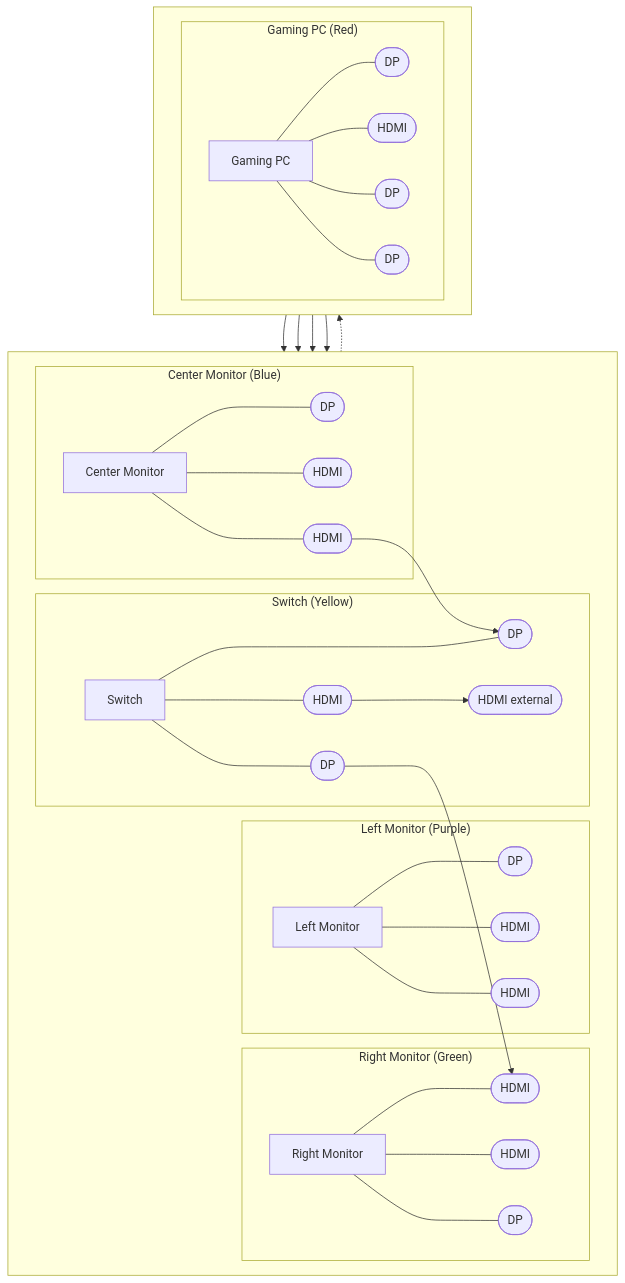
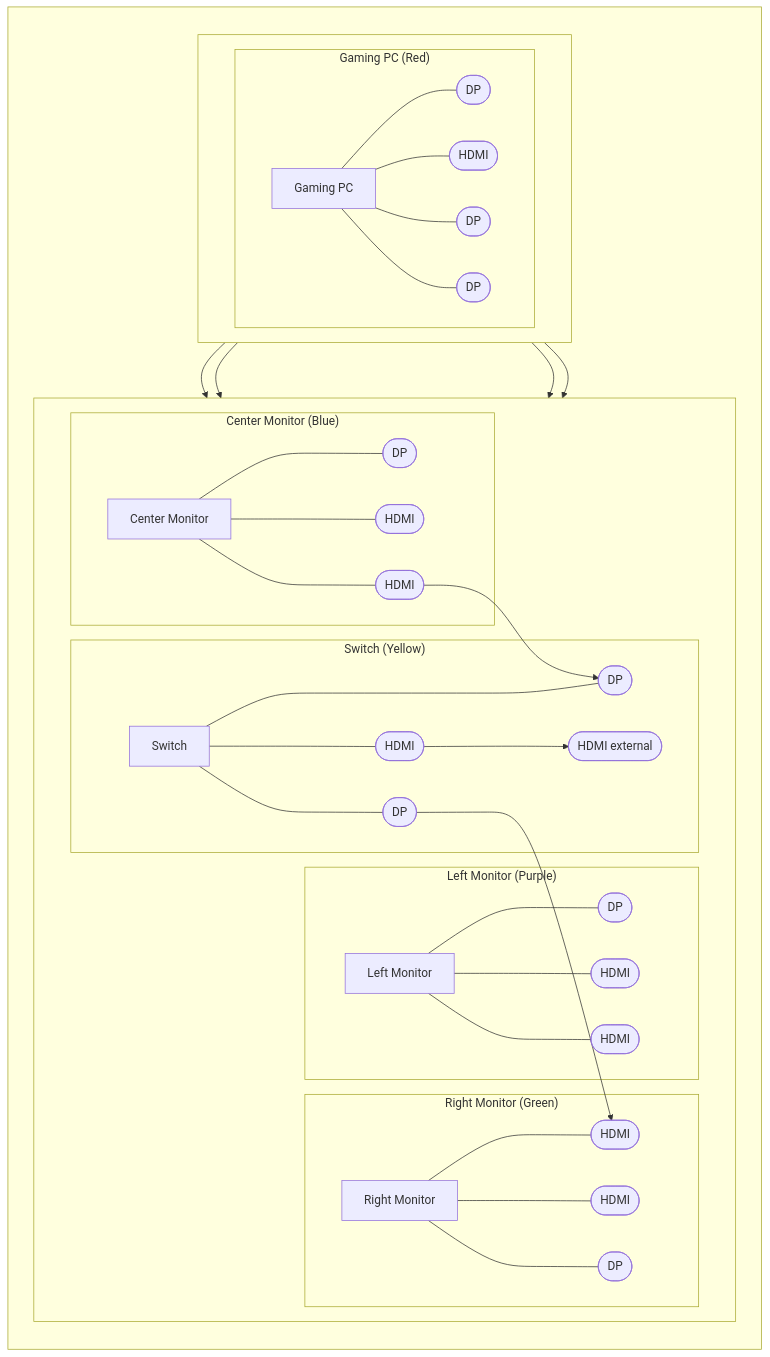
Before and after one commit to caseta/pc: the diagram in desktop_setup.md, drawn with Mermaid.

```diff
--- a/desktop_setup.md
+++ b/desktop_setup.md
@@ -68,22 +68,23 @@
     end
 
     %% Layout control:
-    %% - top row ordered left -> center -> right -> switch
-    %% - gaming PC below center/right area
-    subgraph TOP_ROW[" "]
-      direction LR
-      LEFT
-      CENTER
-      RIGHT
-      SWITCH
+    %% - top row ordered switch -> left -> center -> right
+    %% - gaming PC kept below the full top row
+    subgraph LAYOUT[" "]
+      direction TB
+      subgraph TOP_ROW[" "]
+        direction LR
+        SWITCH
+        LEFT
+        CENTER
+        RIGHT
+      end
+
+      subgraph BOTTOM_ROW[" "]
+        direction LR
+        PCBOX
+      end
     end
-
-    subgraph BOTTOM_ROW[" "]
-      direction LR
-      PCBOX
-    end
-
-    CENTER -.-> PCBOX
 
     %% Visible cable runs from the drawing
     PC_DP1 --> LM_H2
```
